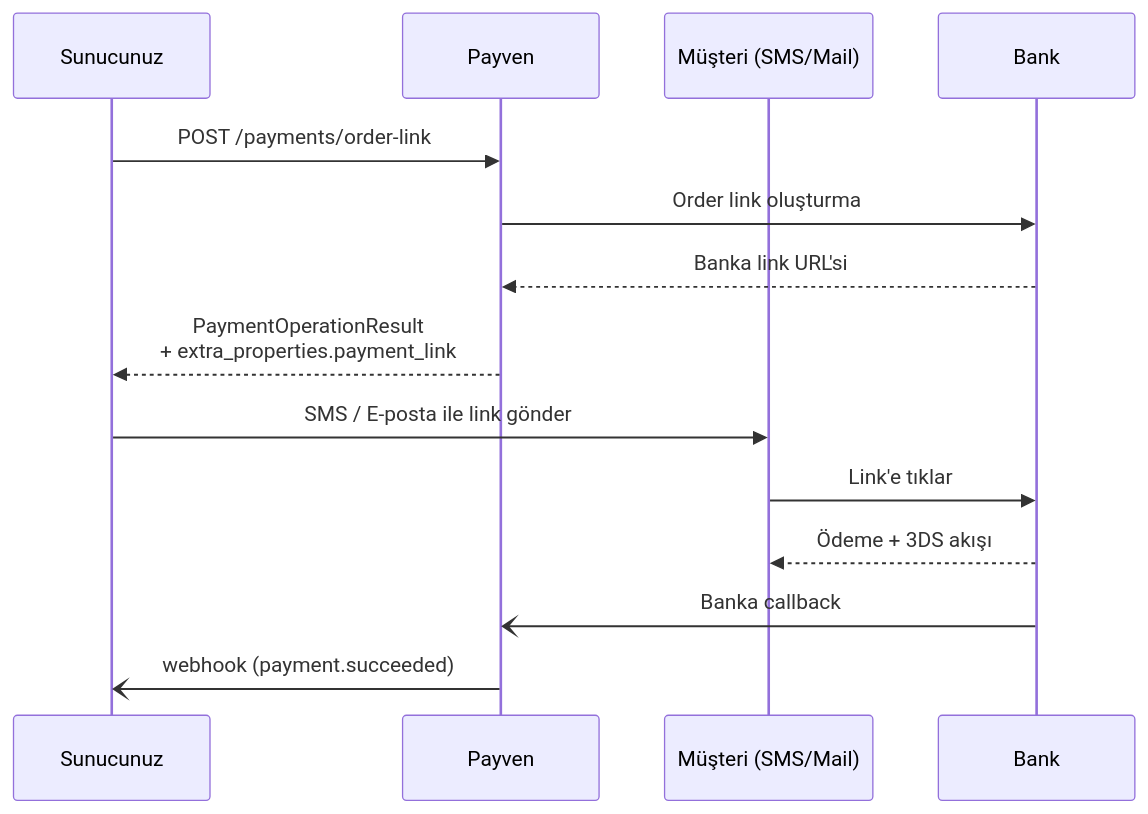
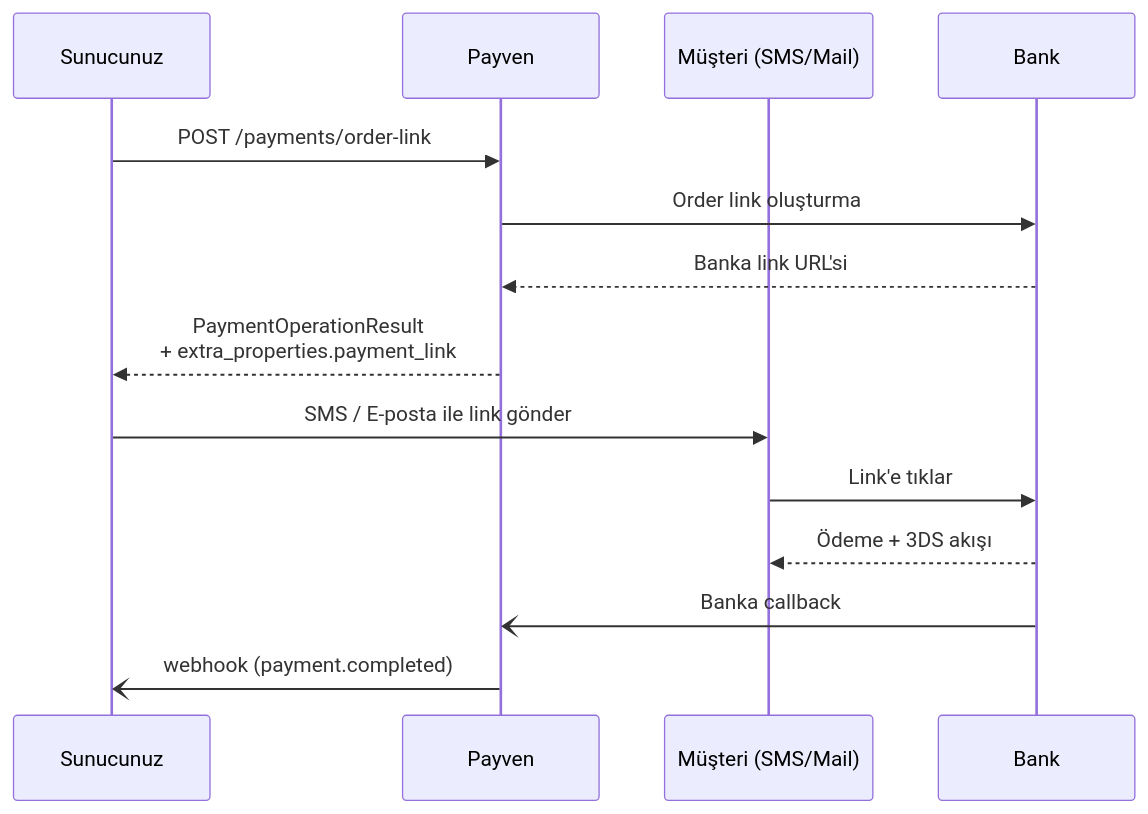
Before and after one commit to payment-pos/mintlify: the diagram in sanal-pos/payments/pay-by-link.mdx, drawn with Mermaid. The commit also changed other lines of this file and 73 other files, not shown here.

````diff
--- a/sanal-pos/payments/pay-by-link.mdx
+++ b/sanal-pos/payments/pay-by-link.mdx
@@ -16,17 +16,17 @@
 ```mermaid
 sequenceDiagram
     participant App as Sunucunuz
     participant Payven
     participant Customer as Müşteri (SMS/Mail)
     participant Bank
 
     App->>Payven: POST /payments/order-link
     Payven->>Bank: Order link oluşturma
     Bank-->>Payven: Banka link URL'si
     Payven-->>App: PaymentOperationResult<br/>+ extra_properties.payment_link
     App->>Customer: SMS / E-posta ile link gönder
     Customer->>Bank: Link'e tıklar
     Bank-->>Customer: Ödeme + 3DS akışı
     Bank-)Payven: Banka callback
-    Payven-)App: webhook (payment.succeeded)
+    Payven-)App: webhook (payment.completed)
 ```
````
